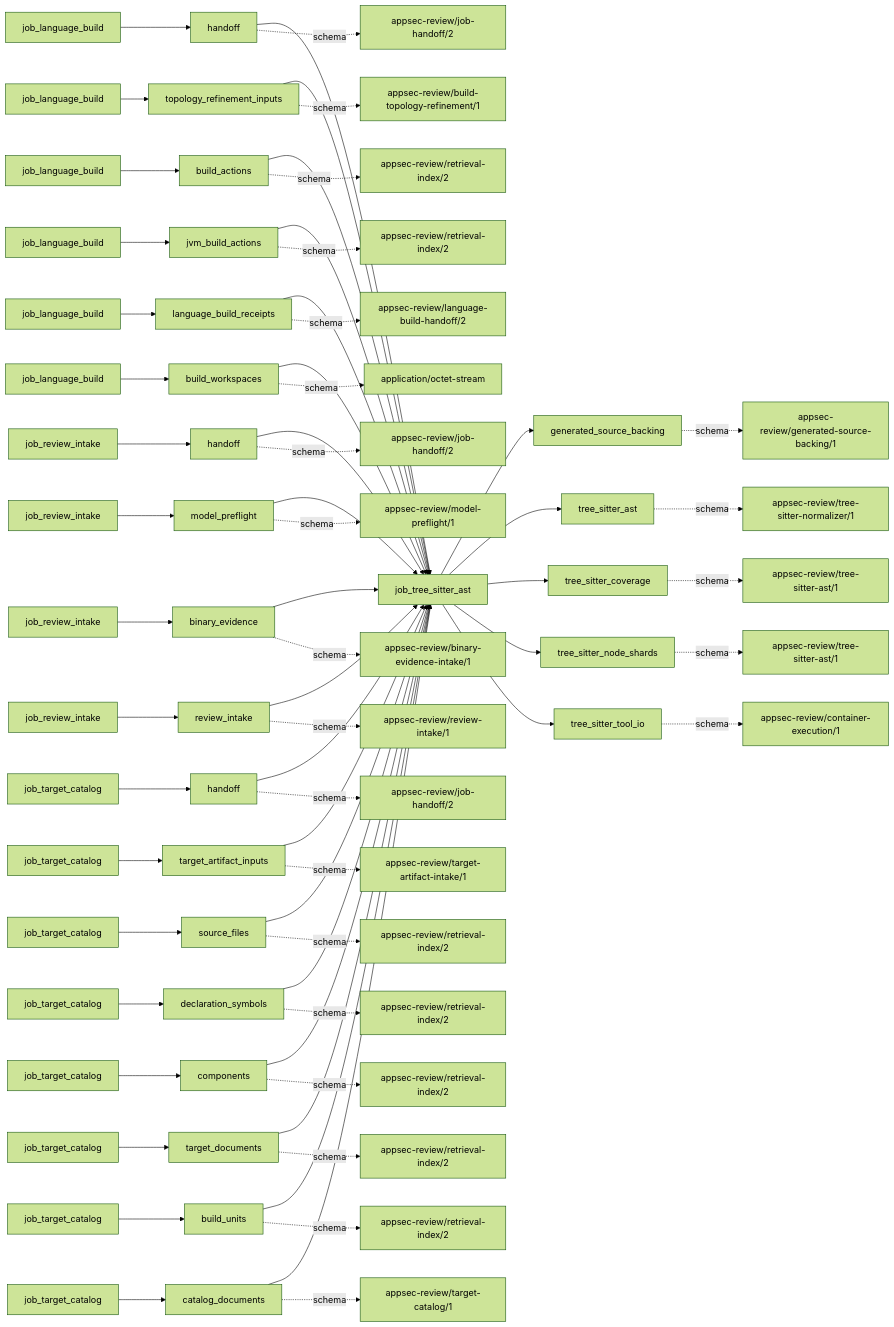
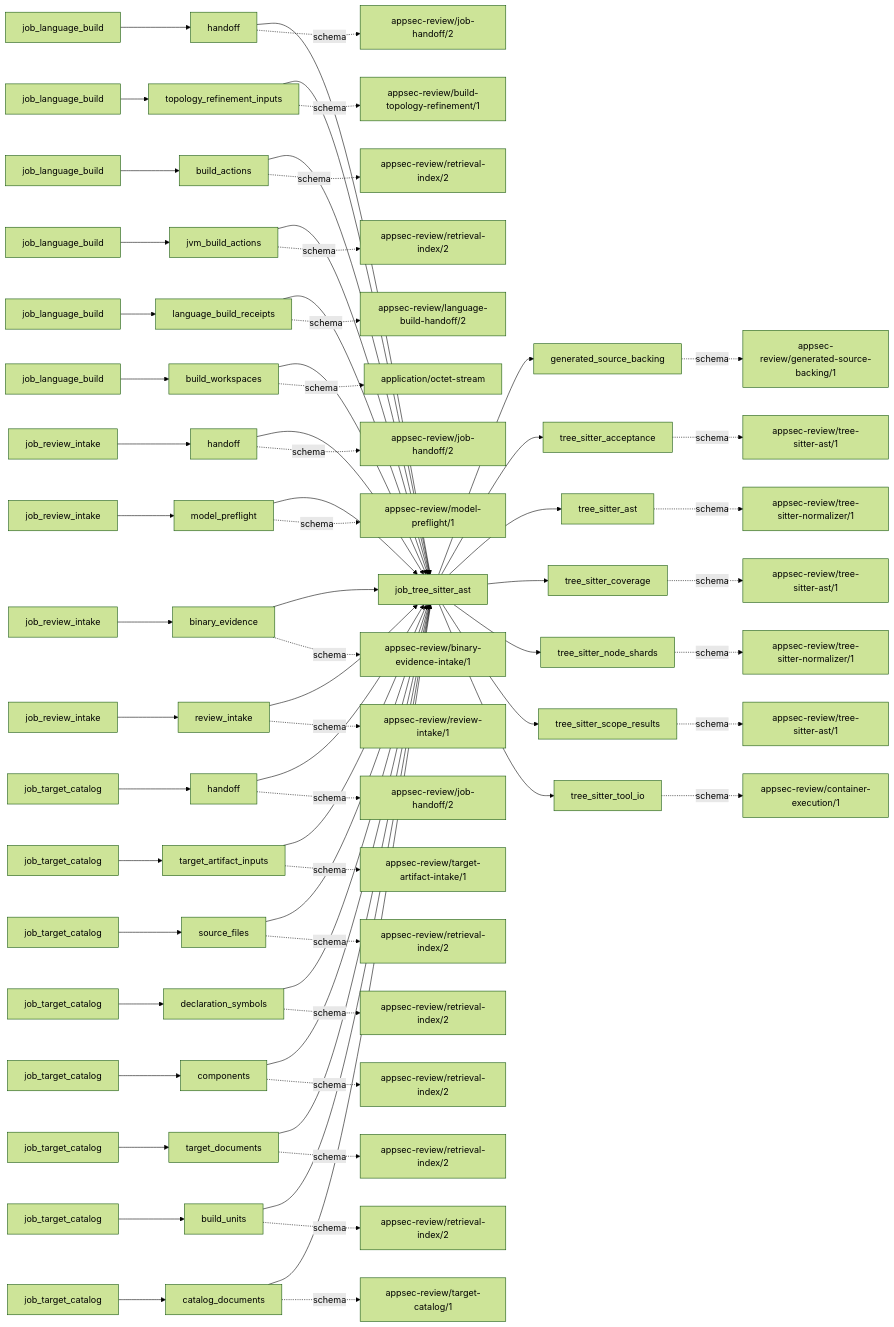
One commit to wsollers/appsec-review changed the first of 2 diagrams in docs/operations/job_tree_sitter_ast.md. Above: the diagram before and after it, drawn with Mermaid (forest theme). The commit also changed other lines of this file and 16 other files, not shown here.

````diff
--- a/docs/operations/job_tree_sitter_ast.md
+++ b/docs/operations/job_tree_sitter_ast.md
@@ -187,20 +189,28 @@
   output_schema0["appsec-review/generated-source-backing/1"]
   job --> output0
   output0 -. schema .-> output_schema0
-  output1["tree_sitter_ast"]
-  output_schema1["appsec-review/tree-sitter-normalizer/1"]
+  output1["tree_sitter_acceptance"]
+  output_schema1["appsec-review/tree-sitter-ast/1"]
   job --> output1
   output1 -. schema .-> output_schema1
-  output2["tree_sitter_coverage"]
-  output_schema2["appsec-review/tree-sitter-ast/1"]
+  output2["tree_sitter_ast"]
+  output_schema2["appsec-review/tree-sitter-normalizer/1"]
   job --> output2
   output2 -. schema .-> output_schema2
-  output3["tree_sitter_node_shards"]
+  output3["tree_sitter_coverage"]
   output_schema3["appsec-review/tree-sitter-ast/1"]
   job --> output3
   output3 -. schema .-> output_schema3
-  output4["tree_sitter_tool_io"]
-  output_schema4["appsec-review/container-execution/1"]
+  output4["tree_sitter_node_shards"]
+  output_schema4["appsec-review/tree-sitter-normalizer/1"]
   job --> output4
   output4 -. schema .-> output_schema4
+  output5["tree_sitter_scope_results"]
+  output_schema5["appsec-review/tree-sitter-ast/1"]
+  job --> output5
+  output5 -. schema .-> output_schema5
+  output6["tree_sitter_tool_io"]
+  output_schema6["appsec-review/container-execution/1"]
+  job --> output6
+  output6 -. schema .-> output_schema6
 ```
````
